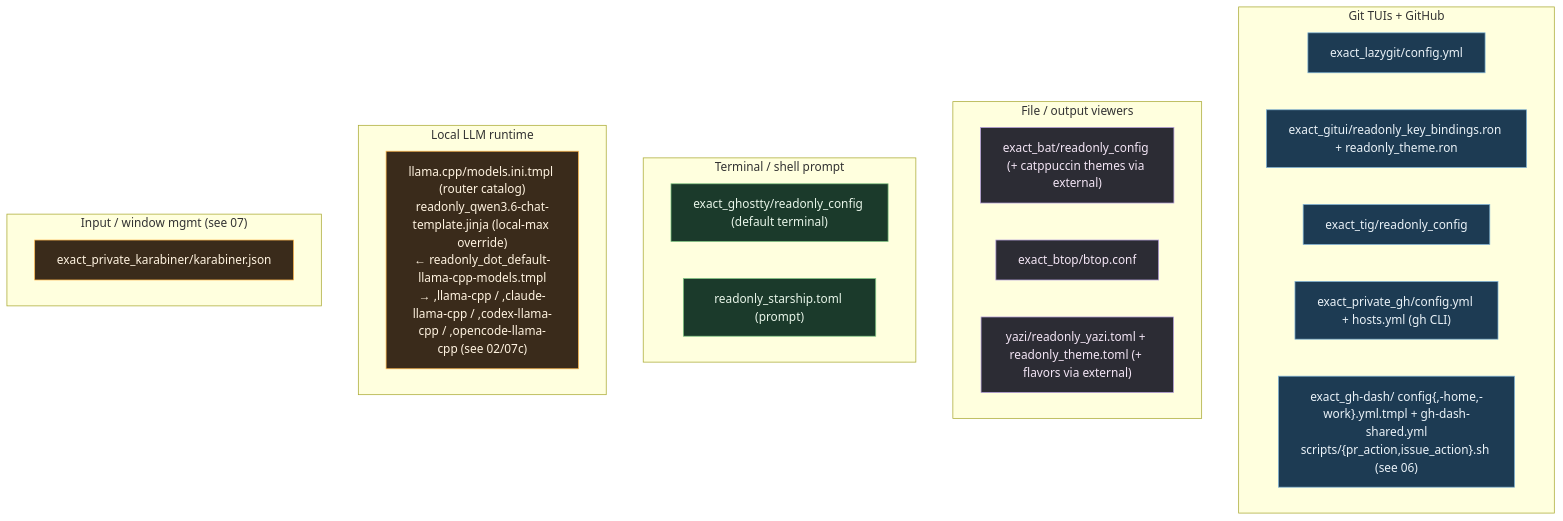
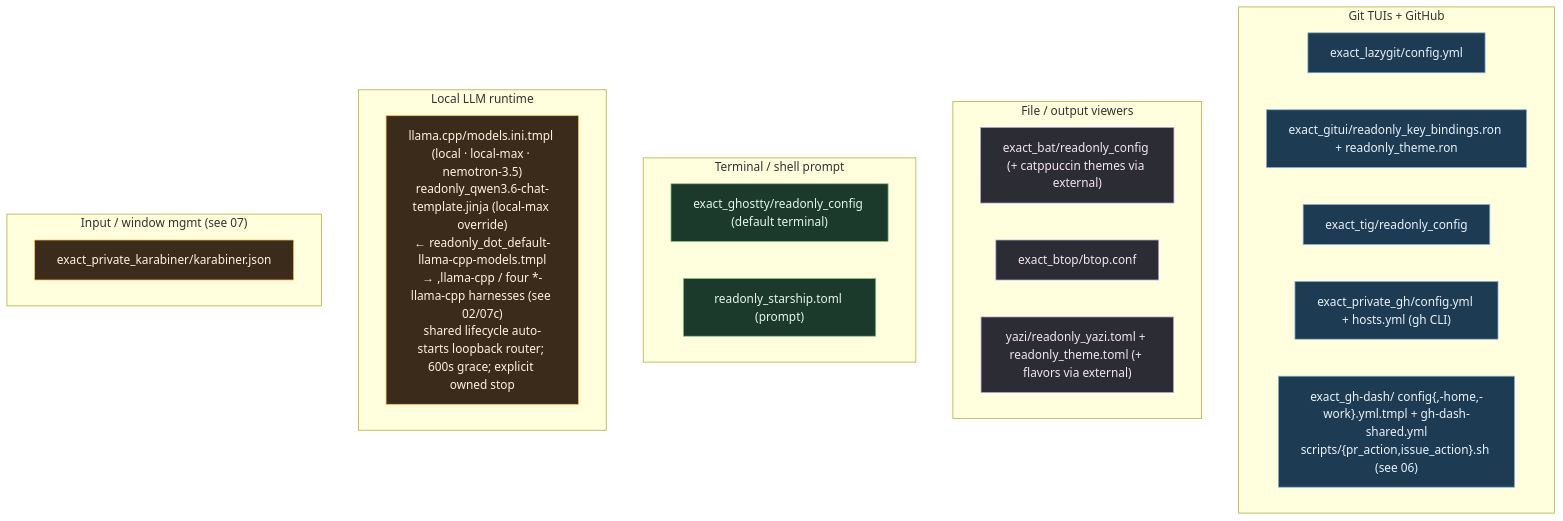
One commit to kapral18/dotfiles changed the diagram in .mermaids/13-app-configs.mmd. Above: the diagram before and after it, drawn with Mermaid. The commit also changed 59 other files, not shown here.

```diff
--- a/.mermaids/13-app-configs.mmd
+++ b/.mermaids/13-app-configs.mmd
@@ -1,37 +1,37 @@
 %% ============================================================================
 %% 13-app-configs.mmd — Remaining standalone app configs in home/dot_config/
 %% (and a couple elsewhere) not covered by tmux(05)/nvim(07b)/ai(12)/fish(07).
 %% Each → ~/.config/<app>/. readonly_ = r--r--r--; .tmpl = isWork-aware.
 %% ============================================================================
 flowchart TB
     classDef git fill:#1d3b53,stroke:#7fb3d5,color:#eaf2f8;
     classDef view fill:#2c2c34,stroke:#b39ddb,color:#f3e5f5;
     classDef term fill:#1b3a2b,stroke:#81c784,color:#e8f5e9;
     classDef misc fill:#3a2b1b,stroke:#ffb74d,color:#fff3e0;
 
     subgraph GIT["Git TUIs + GitHub"]
         LAZY["exact_lazygit/config.yml"]:::git
         GITUI["exact_gitui/readonly_key_bindings.ron + readonly_theme.ron"]:::git
         TIG["exact_tig/readonly_config"]:::git
         GHCLI["exact_private_gh/config.yml + hosts.yml (gh CLI)"]:::git
         GHDASH["exact_gh-dash/ config{,-home,-work}.yml.tmpl + gh-dash-shared.yml<br/>scripts/{pr_action,issue_action}.sh (see 06)"]:::git
     end
 
     subgraph VIEWERS["File / output viewers"]
         BAT["exact_bat/readonly_config (+ catppuccin themes via external)"]:::view
         BTOP["exact_btop/btop.conf"]:::view
         YAZI["yazi/readonly_yazi.toml + readonly_theme.toml (+ flavors via external)"]:::view
     end
 
     subgraph TERMSH["Terminal / shell prompt"]
         GHOSTTY["exact_ghostty/readonly_config (default terminal)"]:::term
         STAR["readonly_starship.toml (prompt)"]:::term
     end
 
     subgraph LOCALAI["Local LLM runtime"]
-        LLAMA["llama.cpp/models.ini.tmpl (router catalog)<br/>readonly_qwen3.6-chat-template.jinja (local-max override)<br/>← readonly_dot_default-llama-cpp-models.tmpl<br/>→ ,llama-cpp / ,claude-llama-cpp / ,codex-llama-cpp / ,opencode-llama-cpp (see 02/07c)"]:::misc
+        LLAMA["llama.cpp/models.ini.tmpl (local · local-max · nemotron-3.5)<br/>readonly_qwen3.6-chat-template.jinja (local-max override)<br/>← readonly_dot_default-llama-cpp-models.tmpl<br/>→ ,llama-cpp / four *-llama-cpp harnesses (see 02/07c)<br/>shared lifecycle auto-starts loopback router; 600s grace; explicit owned stop"]:::misc
     end
 
     subgraph INPUT["Input / window mgmt (see 07)"]
         KARA["exact_private_karabiner/karabiner.json"]:::misc
     end
```
